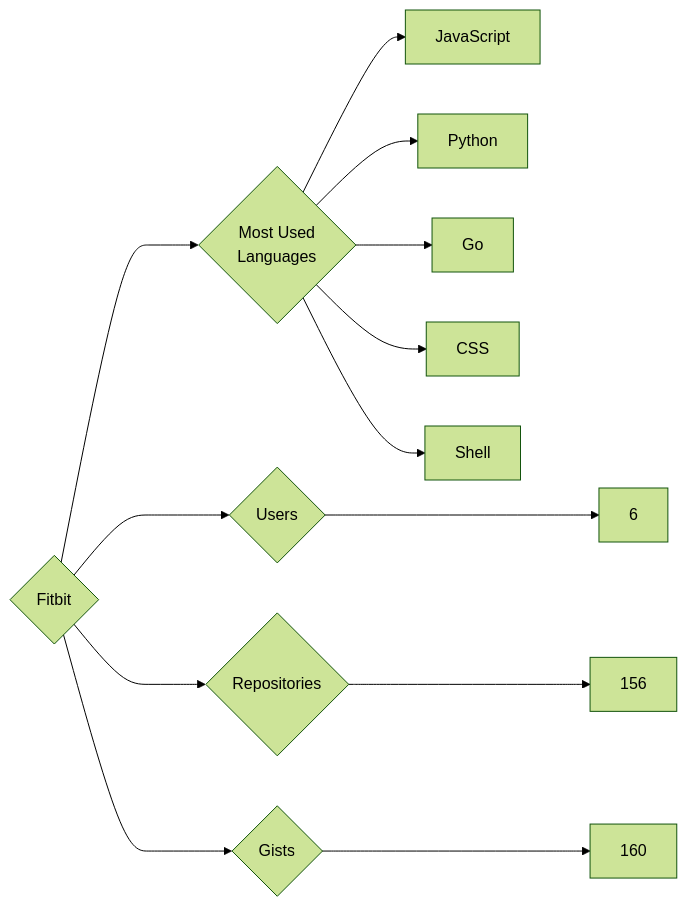
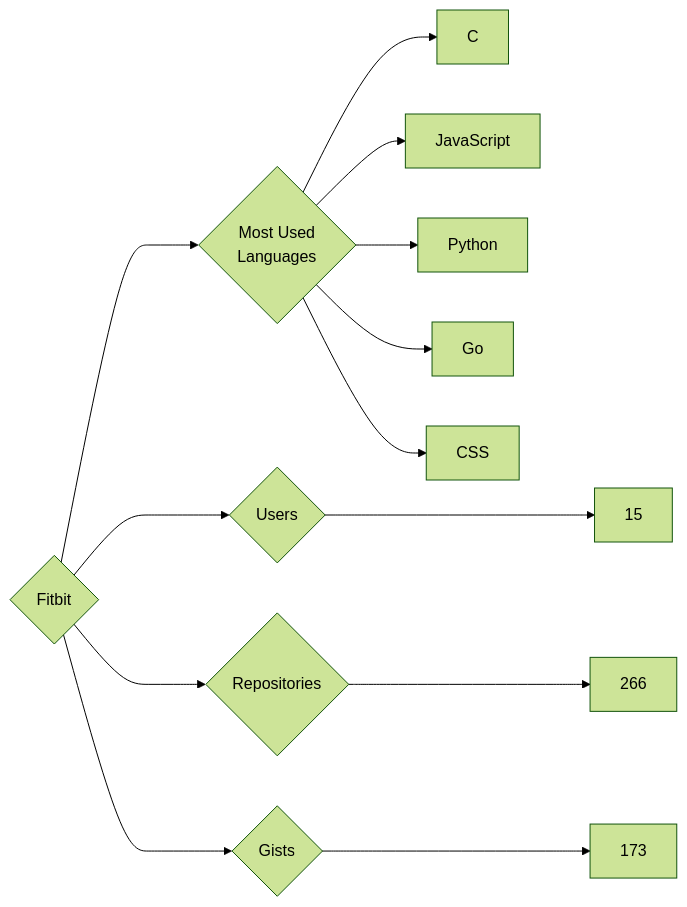
One commit to trickest/insiders changed the diagram in targets/Fitbit/README.md. Above: the diagram before and after it, drawn with Mermaid (forest theme). The commit also changed 934 other files, not shown here.

````diff
--- a/targets/Fitbit/README.md
+++ b/targets/Fitbit/README.md
@@ -3,13 +3,13 @@
 ```mermaid
 graph LR
 COMPANY_NAME{Fitbit}
-COMPANY_NAME ---> U{Users} ---> UN[6]
-COMPANY_NAME ---> R{Repositories} ---> RN[156]
-COMPANY_NAME ---> G{Gists} ---> GN[160]
+COMPANY_NAME ---> U{Users} ---> UN[15]
+COMPANY_NAME ---> R{Repositories} ---> RN[266]
+COMPANY_NAME ---> G{Gists} ---> GN[173]
 COMPANY_NAME ---> ML{Most Used<br>Languages}
+ML --> C[C]
 ML --> JavaScript[JavaScript]
 ML --> Python[Python]
 ML --> Go[Go]
 ML --> CSS[CSS]
-ML --> Shell[Shell]
 ```
````
